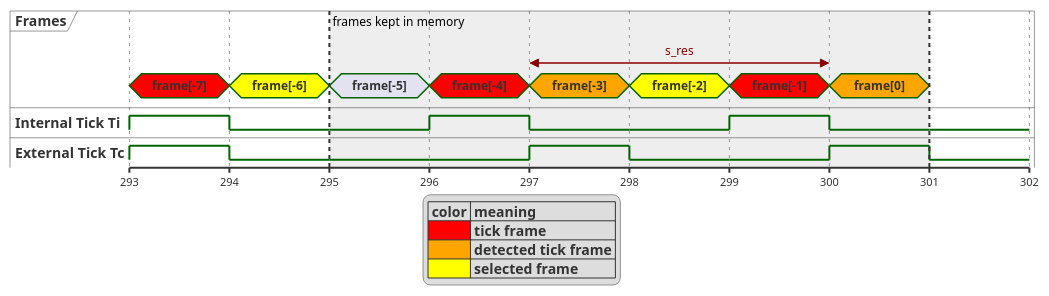
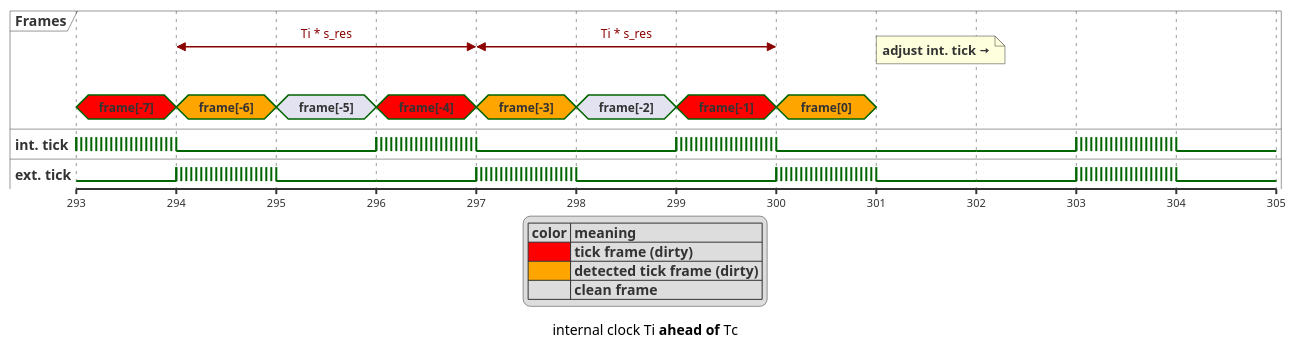
Before and after one commit to EsGeh/rtes-synchronome-project: the sixth of 8 diagrams in doc/1_system-design.md, drawn with PlantUML. The commit also changed other lines of this file and 8 other files, not shown here.

````diff
--- a/doc/1_system-design.md
+++ b/doc/1_system-design.md
@@ -253,62 +284,75 @@
 ```plantuml
 concise "Frames" as F
-binary "Internal Tick Ti" as I
-binary "External Tick Tc" as C
+binary "int. tick" as I
+binary "ext. tick" as C
 scale 1 as 100 pixels
 legend
     | color | meaning |
-    |<#red>    | tick frame |
-    |<#orange>    | detected tick frame |
-    |<#yellow>    | selected frame |
+    |<#red>    | tick frame (dirty) |
+    |<#orange>    | detected tick frame (dirty) |
+    | | clean frame |
 end legend
+caption internal clock Ti **ahead of** Tc
 
 @293
 F is "frame[-7]" #red
-I is 1
-C is 1
+I is {0,1}
+C is 0
 
 @294
-F is "frame[-6]" #yellow
+F is "frame[-6]" #orange
 I is 0
-C is 0
+C is {0,1}
 
 @295
 F is "frame[-5]"
 I is 0
 C is 0
 
 @296
 F is "frame[-4]" #red
-I is 1
+I is {0,1}
 C is 0
 
 @297
 F is "frame[-3]" #orange
 I is 0
-C is 1
+C is {0,1}
 
 @298
-F is "frame[-2]" #yellow
+F is "frame[-2]"
 I is 0
 C is 0
 
 @299
 F is "frame[-1]" #red
-I is 1
+I is {0,1}
 C is 0
 
 @300
 F is "frame[0]" #orange
 I is 0
-C is 1
+C is {0,1}
 
 @301
+note top of F : adjust int. tick <&arrow-right>
 F is {hidden}
-I is {hidden}
-C is {hidden}
+I is 0
+C is 0
 
-@297 <-> @300: s_res
+@302
+I is 0
+C is 0
 
-highlight 295 to 301 : frames kept in memory
+@303
+I is {0,1}
+C is {0,1}
+
+@304
+I is 0
+C is 0
+
+@294 <-> @297: Ti * s_res
+@297 <-> @300: Ti * s_res
 
 ```
````
